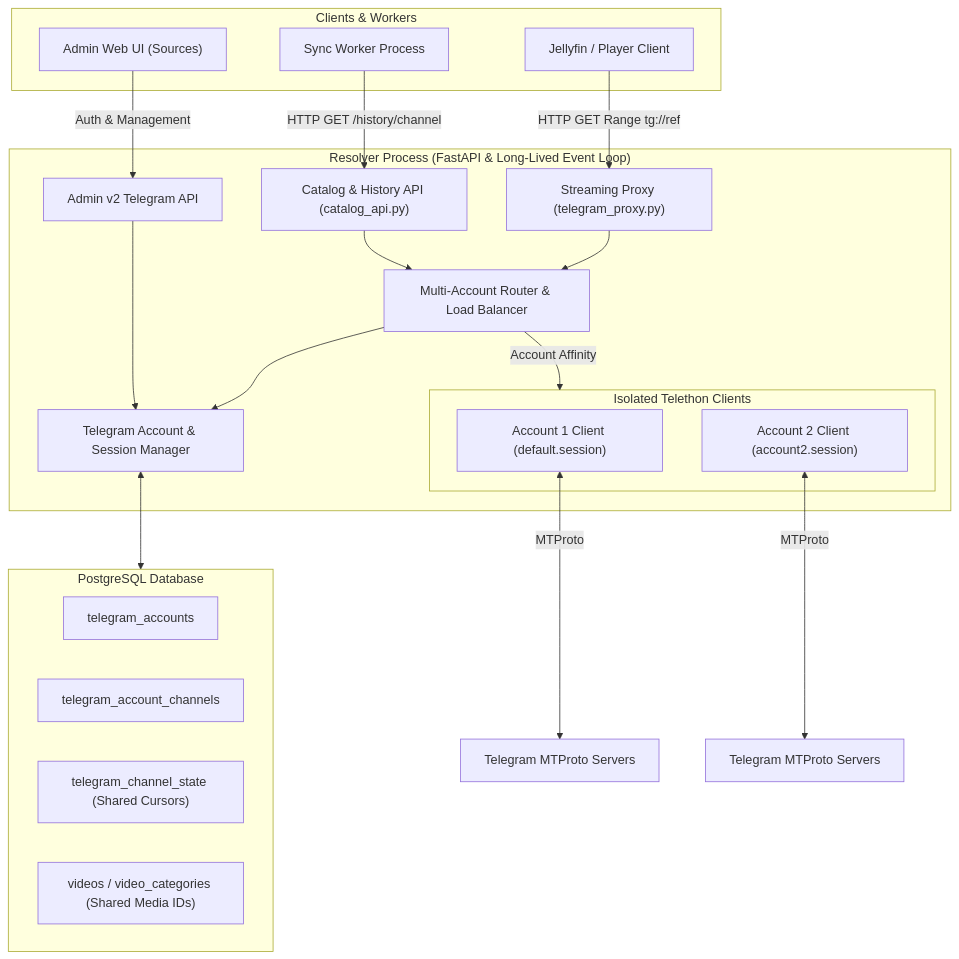
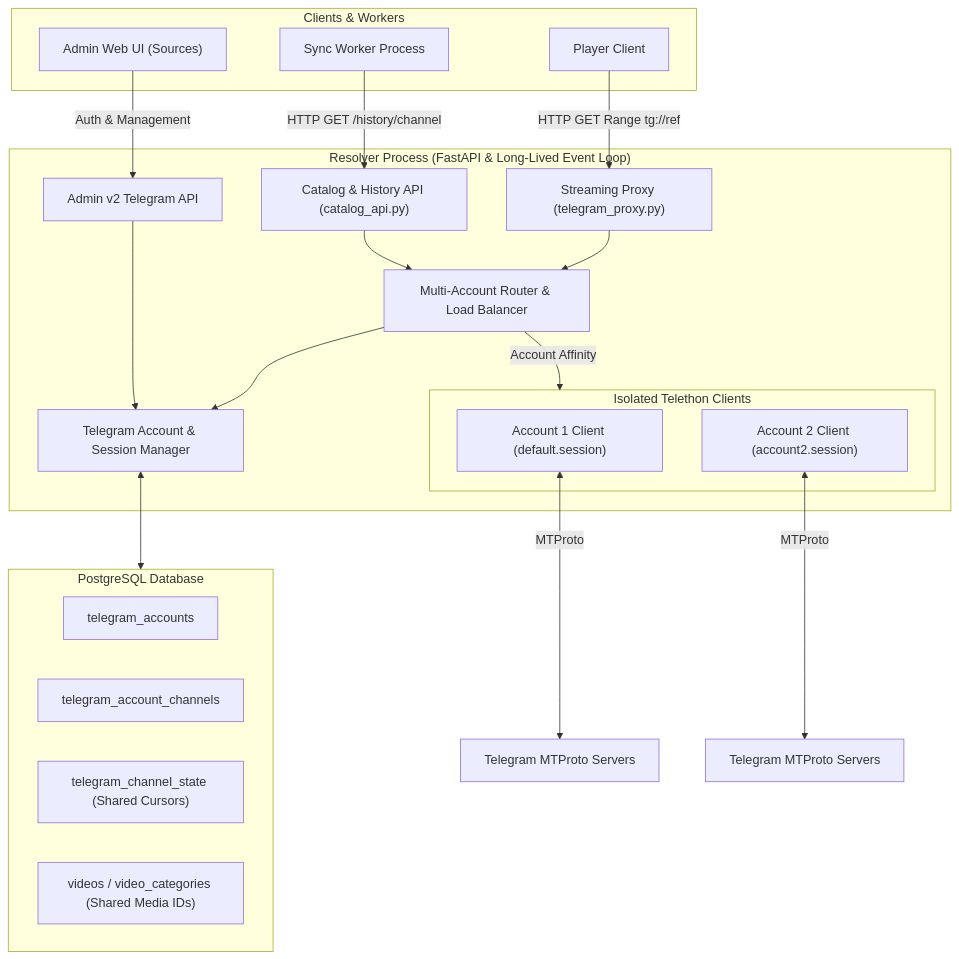
One commit to backwaterXXX/adult-hub changed the diagram in docs/multi-account-architecture.md. Above: the diagram before and after it, drawn with Mermaid. The commit also changed other lines of this file and 145 other files, not shown here.

````diff
--- a/docs/multi-account-architecture.md
+++ b/docs/multi-account-architecture.md
@@ -30,43 +30,43 @@
 ```mermaid
 flowchart TD
     subgraph Clients["Clients & Workers"]
-        JF["Jellyfin / Player Client"]
+        PLAYER["Player Client"]
         SYNC["Sync Worker Process"]
         ADMIN_UI["Admin Web UI (Sources)"]
     end
 
     subgraph Resolver["Resolver Process (FastAPI & Long-Lived Event Loop)"]
         ADMIN_API["Admin v2 Telegram API"]
         PROXY["Streaming Proxy (telegram_proxy.py)"]
         CATALOG_API["Catalog & History API (catalog_api.py)"]
         ROUTER["Multi-Account Router & Load Balancer"]
         ACCT_MGR["Telegram Account & Session Manager"]
 
         subgraph TelethonClients["Isolated Telethon Clients"]
             TC1["Account 1 Client (default.session)"]
             TC2["Account 2 Client (account2.session)"]
         end
     end
 
     subgraph DB["PostgreSQL Database"]
         T_ACCTS["telegram_accounts"]
         T_CHANS["telegram_account_channels"]
         T_STATE["telegram_channel_state (Shared Cursors)"]
         T_VIDEOS["videos / video_categories (Shared Media IDs)"]
     end
 
     ADMIN_UI -->|Auth & Management| ADMIN_API
     SYNC -->|HTTP GET /history/channel| CATALOG_API
-    JF -->|HTTP GET Range tg://ref| PROXY
+    PLAYER -->|HTTP GET Range tg://ref| PROXY
 
     ADMIN_API --> ACCT_MGR
     CATALOG_API --> ROUTER
     PROXY --> ROUTER
 
     ROUTER --> ACCT_MGR
     ACCT_MGR <--> DB
     ROUTER -->|Account Affinity| TelethonClients
 
     TC1 <-->|MTProto| TG_DC1["Telegram MTProto Servers"]
     TC2 <-->|MTProto| TG_DC2["Telegram MTProto Servers"]
 ```
````
